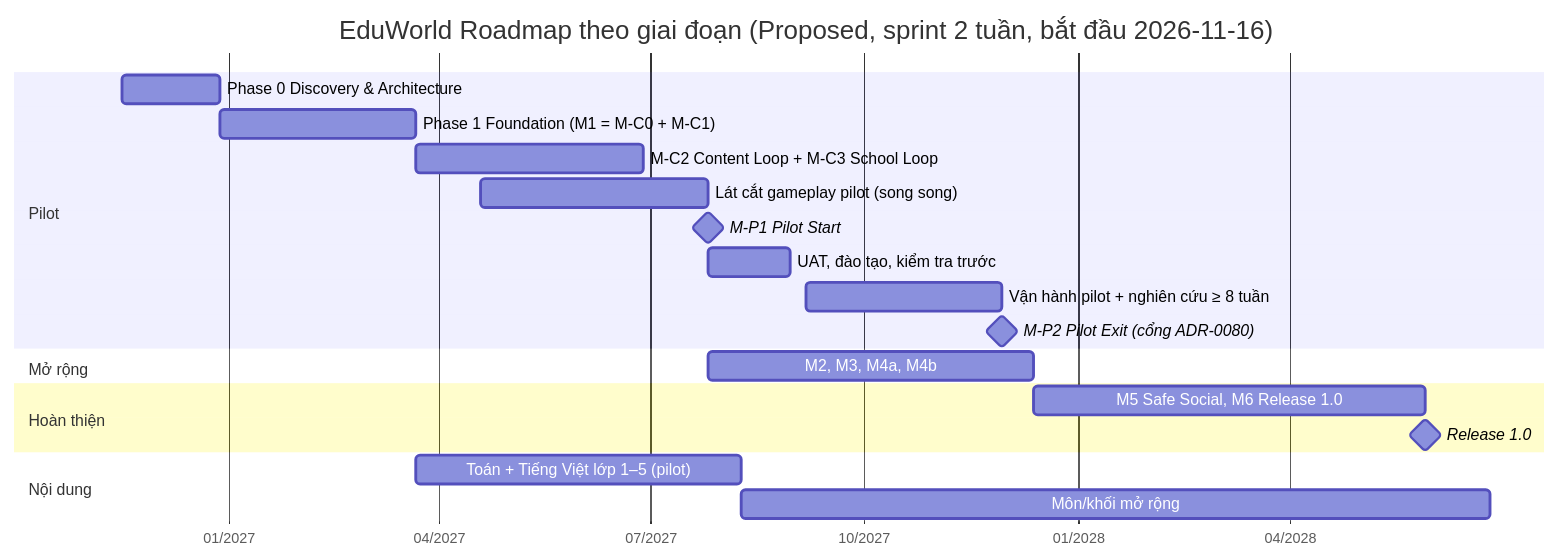
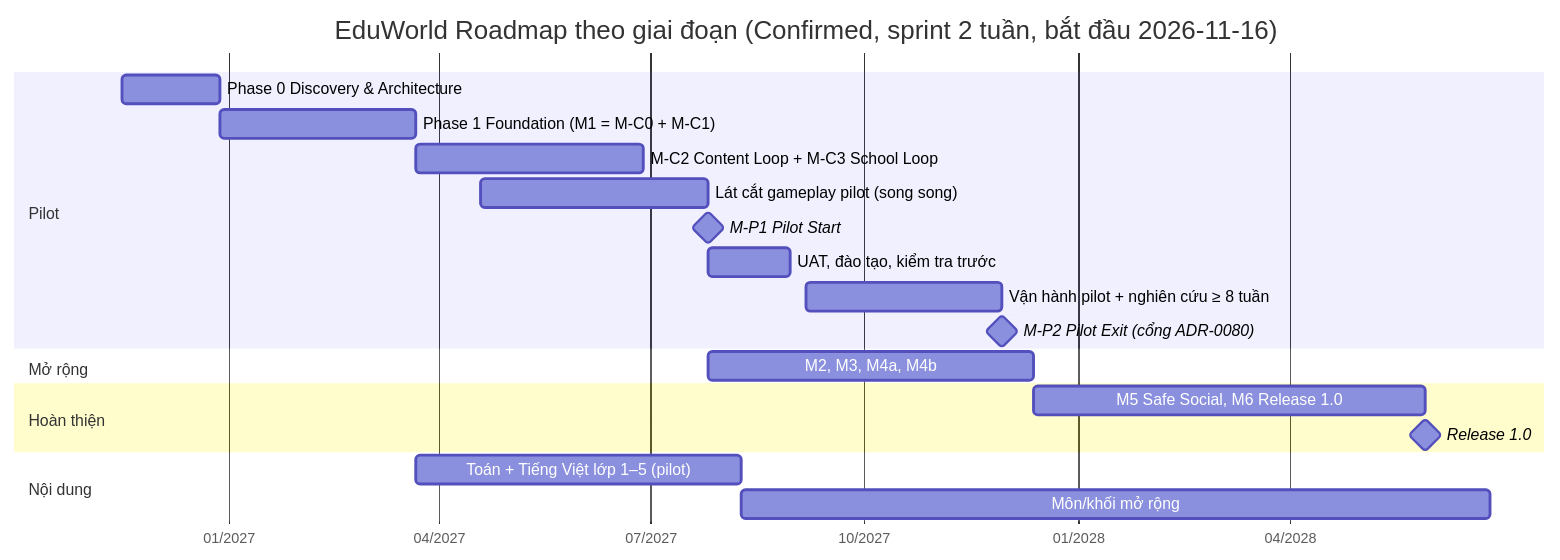
Before and after one commit to tanguyen2020/eduworld-platform: the diagram in docs/12-project/ROADMAP.md, drawn with Mermaid. The commit also changed other lines of this file and 28 other files, not shown here.

````diff
--- a/docs/12-project/ROADMAP.md
+++ b/docs/12-project/ROADMAP.md
@@ -77,23 +77,23 @@
 ```mermaid
 gantt
-  title EduWorld Roadmap theo giai đoạn (Proposed, sprint 2 tuần, bắt đầu 2026-11-16)
+  title EduWorld Roadmap theo giai đoạn (Confirmed, sprint 2 tuần, bắt đầu 2026-11-16)
   dateFormat  YYYY-MM-DD
   axisFormat  %m/%Y
   section Pilot
   Phase 0 Discovery & Architecture       :p0, 2026-11-16, 6w
   Phase 1 Foundation (M1 = M-C0 + M-C1)  :p1, after p0, 12w
   M-C2 Content Loop + M-C3 School Loop   :pc, after p1, 14w
   Lát cắt gameplay pilot (song song)     :ps, 2027-04-19, 14w
   M-P1 Pilot Start                       :milestone, mp1, after ps, 0d
   UAT, đào tạo, kiểm tra trước           :prep, after ps, 5w
   Vận hành pilot + nghiên cứu ≥ 8 tuần   :run, 2027-09-06, 12w
   M-P2 Pilot Exit (cổng ADR-0080)        :milestone, mp2, after run, 0d
   section Mở rộng
   M2, M3, M4a, M4b                       :ex, after ps, 20w
   section Hoàn thiện
   M5 Safe Social, M6 Release 1.0         :fin, after ex, 24w
   Release 1.0                            :milestone, m6, after fin, 0d
   section Nội dung
   Toán + Tiếng Việt lớp 1–5 (pilot)      :c1, after p1, 20w
   Môn/khối mở rộng                       :c2, after c1, 46w
 ```
````
